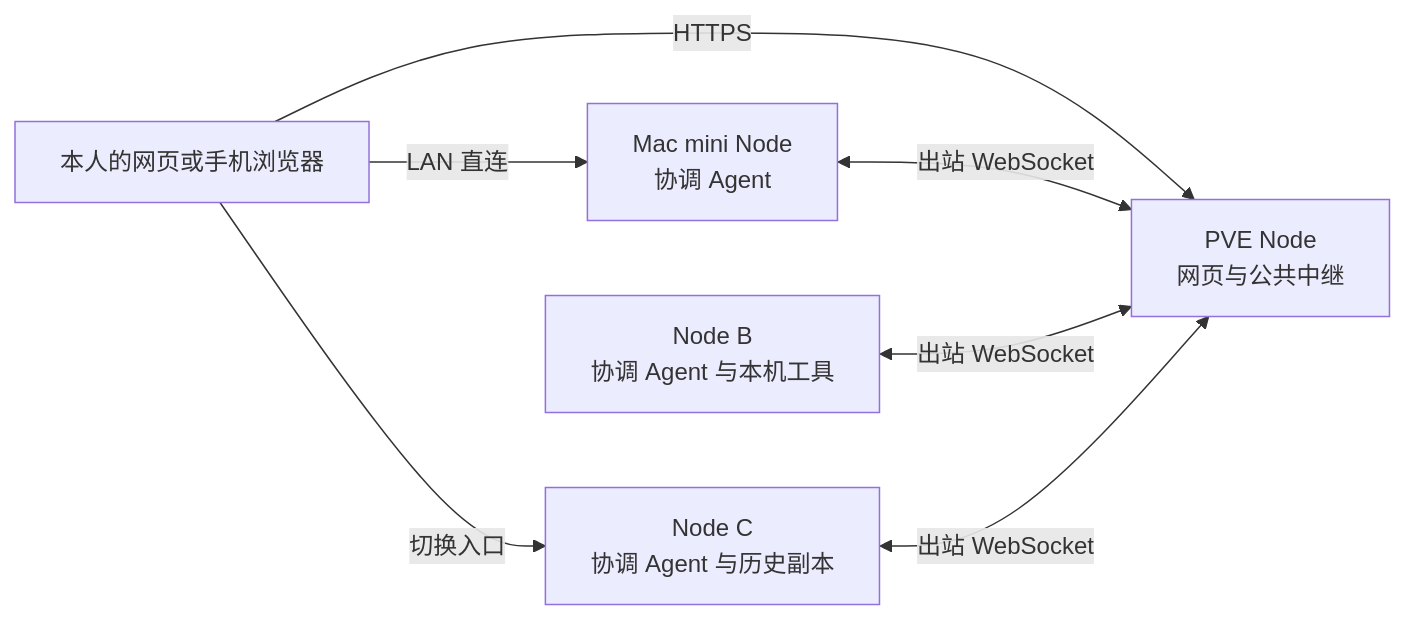
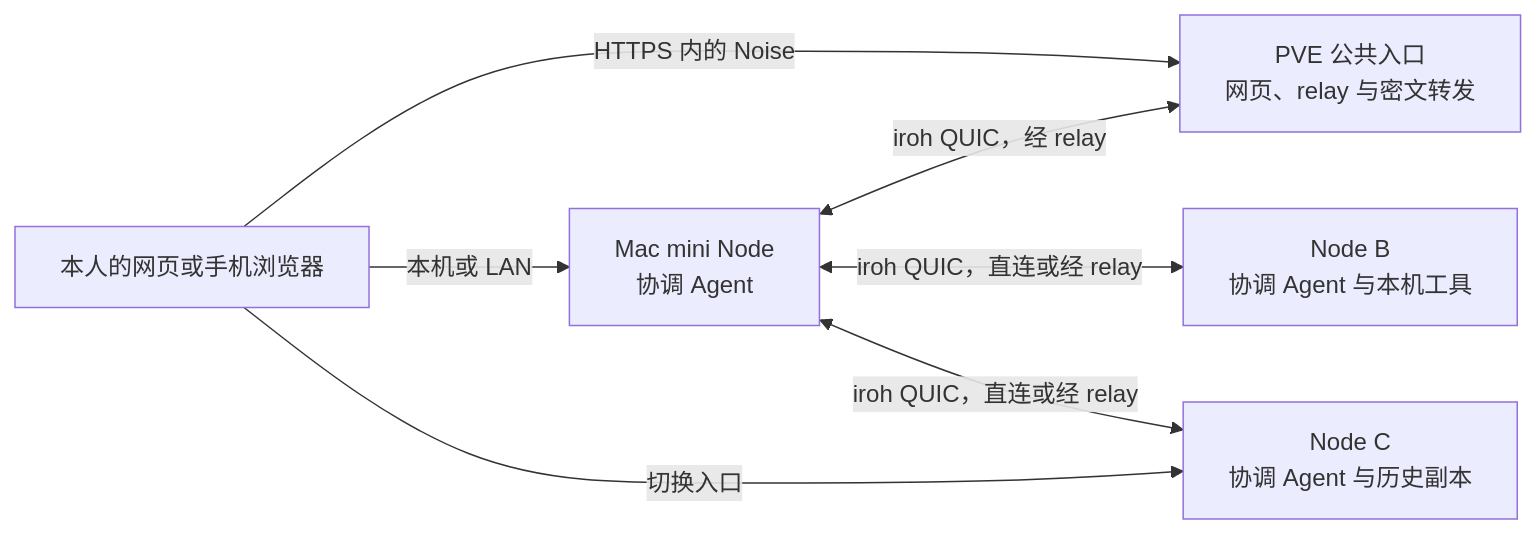
Before and after one commit to leaperone/vibeface: the diagram in README.md, drawn with Mermaid. The commit also changed other lines of this file and 6 other files, not shown here.

````diff
--- a/README.md
+++ b/README.md
@@ -5,14 +5,14 @@
 ```mermaid
 flowchart LR
     U[本人的网页或手机浏览器]
-    G[PVE Node<br>网页与公共中继]
+    G[PVE 公共入口<br>网页、relay 与密文转发]
     A[Mac mini Node<br>协调 Agent]
     B[Node B<br>协调 Agent 与本机工具]
     C[Node C<br>协调 Agent 与历史副本]
-    U -->|HTTPS| G
-    U -->|LAN 直连| A
+    U -->|HTTPS 内的 Noise| G
+    U -->|本机或 LAN| A
     U -->|切换入口| C
-    A <-->|出站 WebSocket| G
-    B <-->|出站 WebSocket| G
-    C <-->|出站 WebSocket| G
+    A <-->|iroh QUIC，经 relay| G
+    A <-->|iroh QUIC，直连或经 relay| B
+    A <-->|iroh QUIC，直连或经 relay| C
 ```
````
